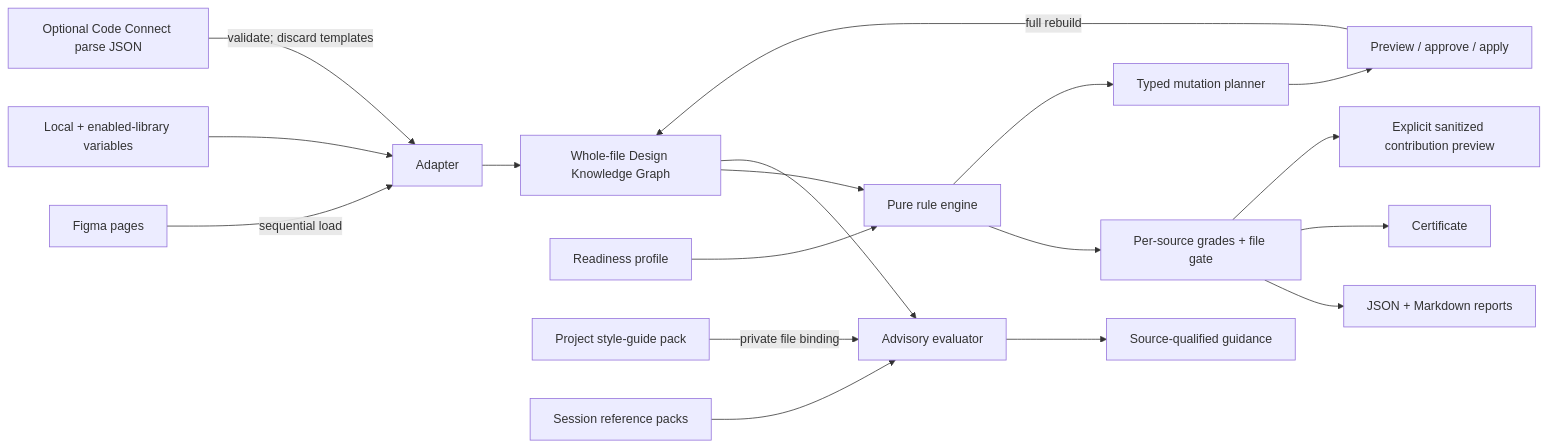
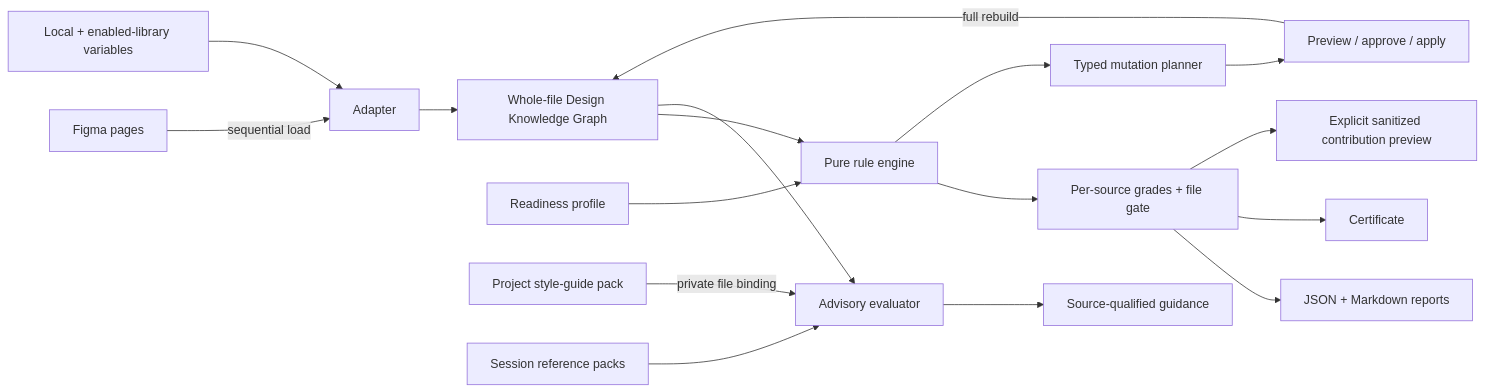
One commit to JFusco/design-passport changed the diagram in docs/architecture.md. Above: the diagram before and after it, drawn with Mermaid. The commit also changed other lines of this file and 53 other files, not shown here.

Commit message:
fix(plugin): simplify audit setup and remove Code Connect

````diff
--- a/docs/architecture.md
+++ b/docs/architecture.md
@@ -7,20 +7,19 @@
 ```mermaid
 flowchart LR
   A[Figma pages] -->|sequential load| B[Adapter]
   V[Local + enabled-library variables] --> B
-  C[Optional Code Connect parse JSON] -->|validate; discard templates| B
   B --> K[Whole-file Design Knowledge Graph]
   K --> R[Pure rule engine]
   P[Readiness profile] --> R
   R --> G[Per-source grades + file gate]
   R --> M[Typed mutation planner]
   M --> F[Preview / approve / apply]
   F -->|full rebuild| K
   G --> E[JSON + Markdown reports]
   G --> X[Certificate]
   S[Project style-guide pack] -->|private file binding| A1[Advisory evaluator]
   O[Session reference packs] --> A1
   K --> A1
   A1 --> U[Source-qualified guidance]
   G --> L[Explicit sanitized contribution preview]
 ```
````
